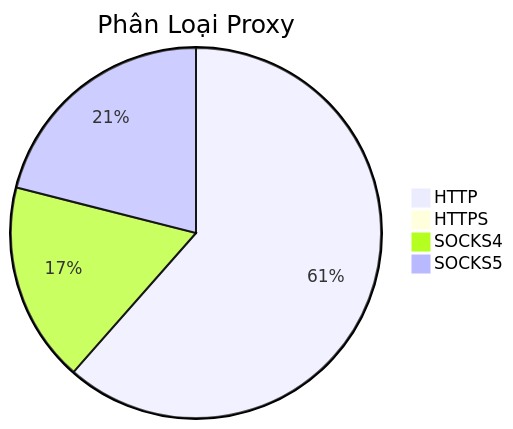
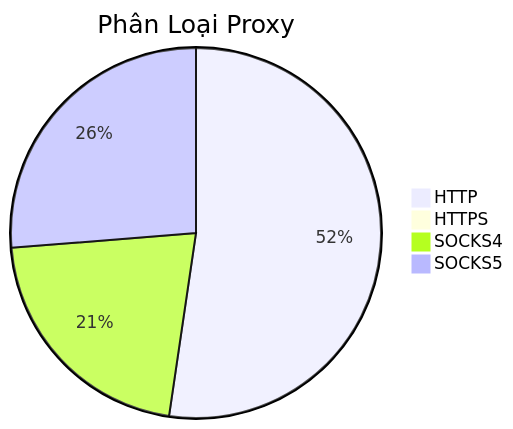
Before and after one commit to Ciara-12/PROXY-free: the diagram in README.md, drawn with Mermaid. The commit also changed other lines of this file and 4 other files, not shown here.

````diff
--- a/README.md
+++ b/README.md
@@ -26,7 +26,7 @@
 ```mermaid
 pie title Phân Loại Proxy
-    "HTTP" : 1078
-    "HTTPS" : 3
-    "SOCKS4" : 306
-    "SOCKS5" : 369
+    "HTTP" : 719
+    "HTTPS" : 1
+    "SOCKS4" : 294
+    "SOCKS5" : 361
 ```
````
